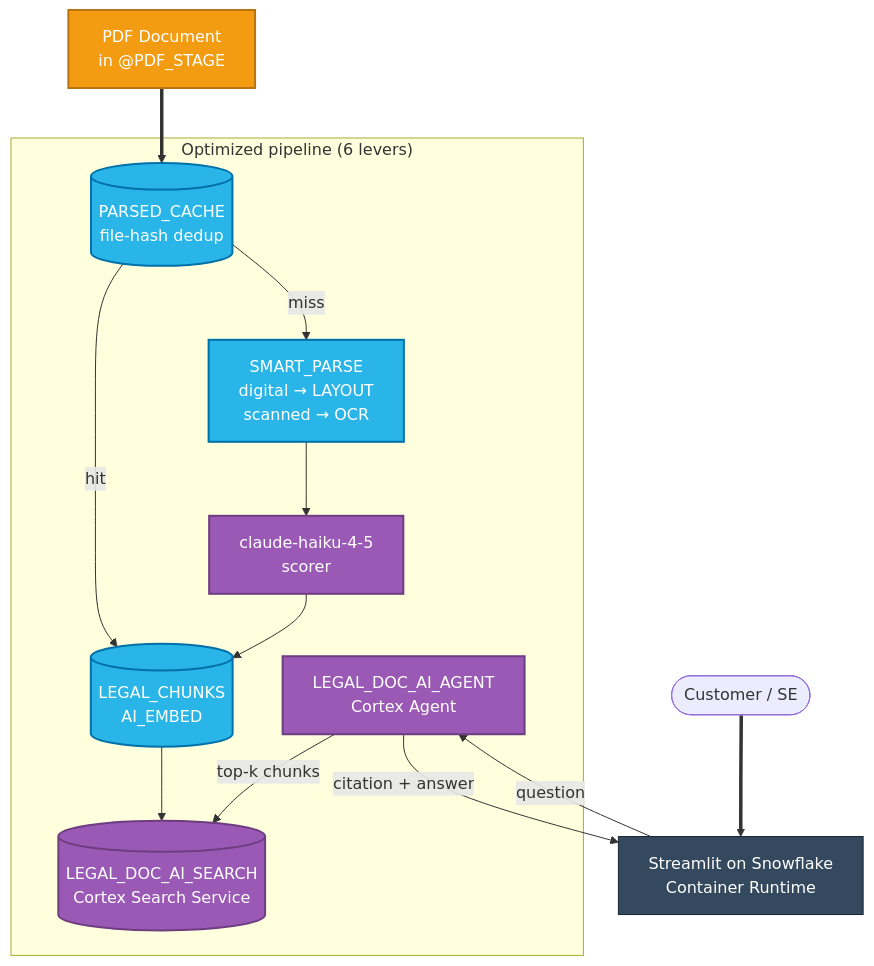
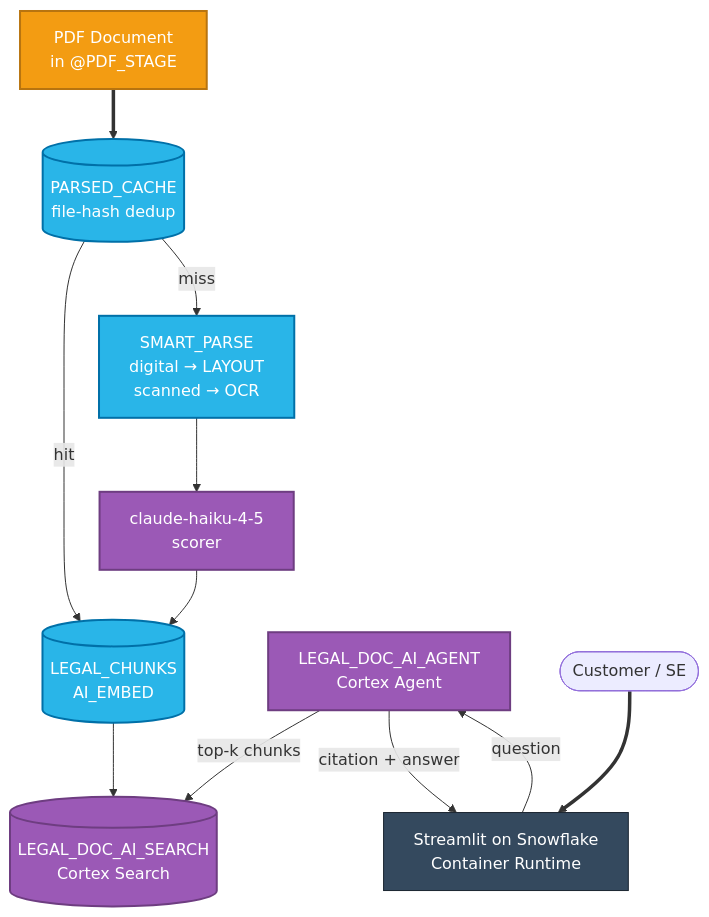
One commit to sfc-gh-jkang/legal-doc-ai-demo changed the diagram in README.md. Above: the diagram before and after it, drawn with Mermaid. The commit also changed other lines of this file and 4 other files, not shown here.

````diff
--- a/README.md
+++ b/README.md
@@ -133,30 +171,28 @@
 ```mermaid
 flowchart TB
     pdf[PDF Document<br/>in @PDF_STAGE]:::ext
 
-    subgraph optimized["Optimized pipeline (6 levers)"]
-        cache[(PARSED_CACHE<br/>file-hash dedup)]:::snow
-        route[SMART_PARSE<br/>digital → LAYOUT<br/>scanned → OCR]:::snow
-        score[claude-haiku-4-5<br/>scorer]:::ai
-        chunks[(LEGAL_CHUNKS<br/>AI_EMBED)]:::snow
-        search[(LEGAL_DOC_AI_SEARCH<br/>Cortex Search Service)]:::ai
-        agent[LEGAL_DOC_AI_AGENT<br/>Cortex Agent]:::ai
-    end
+    cache[(PARSED_CACHE<br/>file-hash dedup)]:::snow
+    route[SMART_PARSE<br/>digital → LAYOUT<br/>scanned → OCR]:::snow
+    score[claude-haiku-4-5<br/>scorer]:::ai
+    chunks[(LEGAL_CHUNKS<br/>AI_EMBED)]:::snow
+    search[(LEGAL_DOC_AI_SEARCH<br/>Cortex Search)]:::ai
+    agent[LEGAL_DOC_AI_AGENT<br/>Cortex Agent]:::ai
 
     app[Streamlit on Snowflake<br/>Container Runtime]:::user
     user([Customer / SE])
 
     pdf ==> cache
     cache -- hit --> chunks
     cache -- miss --> route --> score --> chunks
     chunks --> search
     user ==> app
     app -- question --> agent
     agent -- top-k chunks --> search
     agent -- citation + answer --> app
 
     classDef snow fill:#29B5E8,stroke:#0070A8,color:#fff,stroke-width:2px
     classDef ext  fill:#F39C12,stroke:#B8740F,color:#fff,stroke-width:2px
     classDef ai   fill:#9B59B6,stroke:#6E3D81,color:#fff,stroke-width:2px
     classDef user fill:#34495E,stroke:#1A2530,color:#fff
 ```
````
